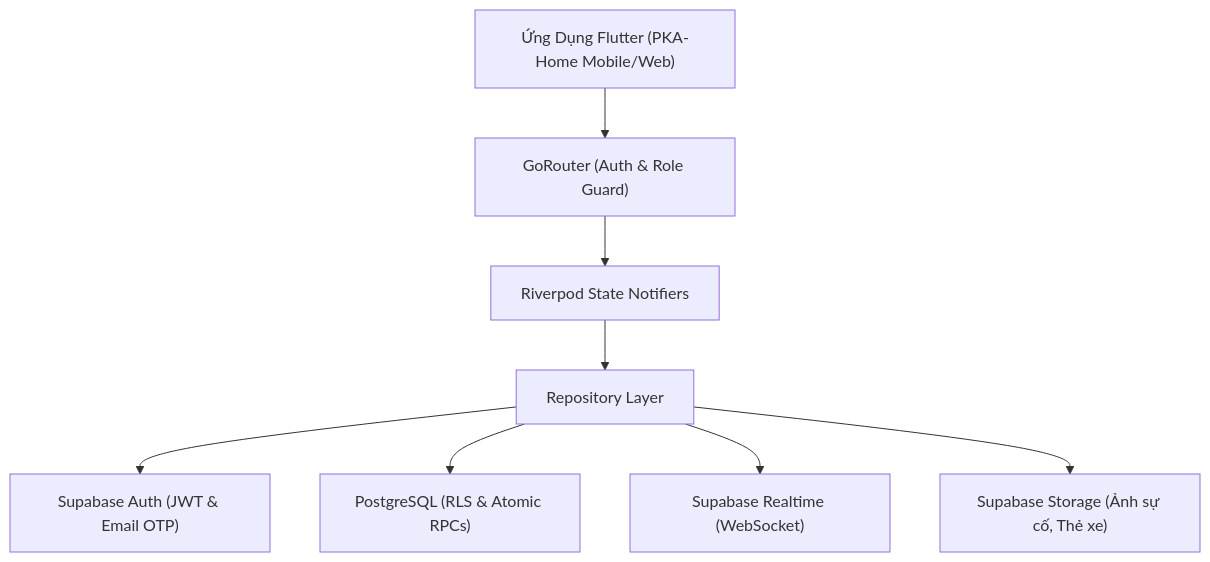
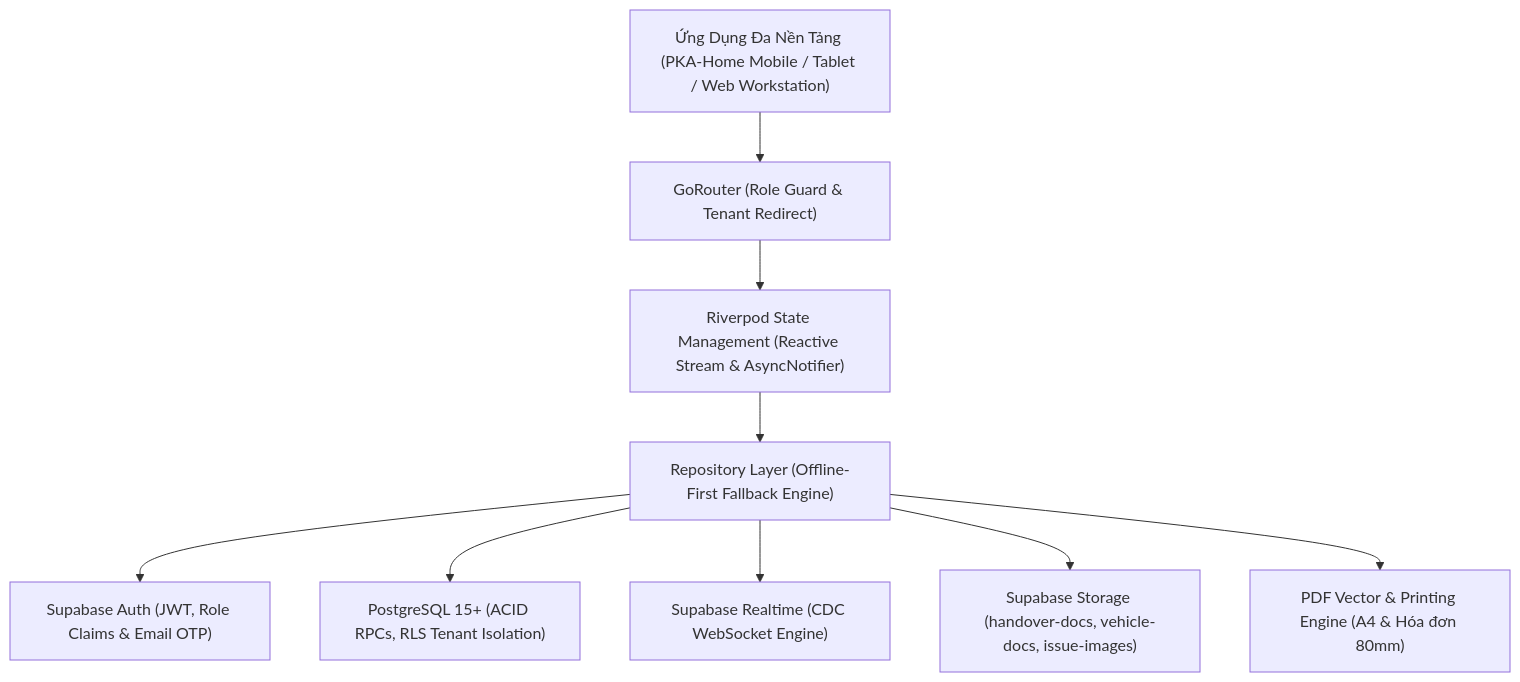
The diagram in README.md (PVM-05/PKA-Home), drawn with Mermaid before and after one commit. The commit also changed other lines of this file, not shown here.

````diff
--- a/README.md
+++ b/README.md
@@ -36,20 +39,22 @@
 ```mermaid
 graph TD
-    Client["Ứng Dụng Flutter (PKA-Home Mobile/Web)"]
-    Router["GoRouter (Auth & Role Guard)"]
-    State["Riverpod State Notifiers"]
-    Repo["Repository Layer"]
+    Client["Ứng Dụng Đa Nền Tảng (PKA-Home Mobile / Tablet / Web Workstation)"]
+    Router["GoRouter (Role Guard & Tenant Redirect)"]
+    State["Riverpod State Management (Reactive Stream & AsyncNotifier)"]
+    Repo["Repository Layer (Offline-First Fallback Engine)"]
 
-    SubAuth["Supabase Auth (JWT & Email OTP)"]
-    SubDB["PostgreSQL (RLS & Atomic RPCs)"]
-    SubRT["Supabase Realtime (WebSocket)"]
-    SubStorage["Supabase Storage (Ảnh sự cố, Thẻ xe)"]
+    SubAuth["Supabase Auth (JWT, Role Claims & Email OTP)"]
+    SubDB["PostgreSQL 15+ (ACID RPCs, RLS Tenant Isolation)"]
+    SubRT["Supabase Realtime (CDC WebSocket Engine)"]
+    SubStorage["Supabase Storage (handover-docs, vehicle-docs, issue-images)"]
+    PdfEngine["PDF Vector & Printing Engine (A4 & Hóa đơn 80mm)"]
 
     Client --> Router
     Router --> State
     State --> Repo
     Repo --> SubAuth
     Repo --> SubDB
     Repo --> SubRT
     Repo --> SubStorage
+    Repo --> PdfEngine
 ```
````
